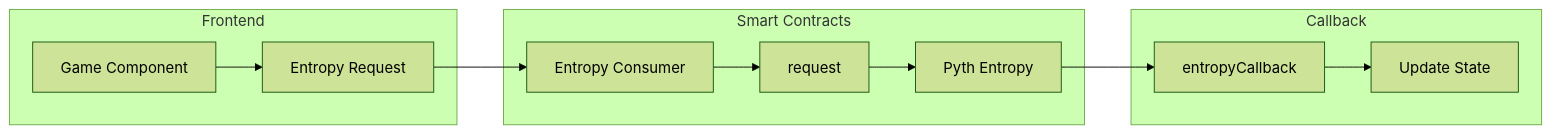
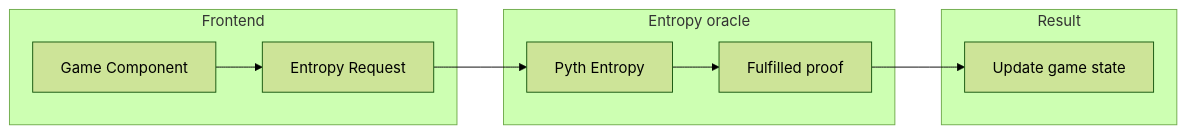
The eighth of 11 diagrams in README.md (AmaanSayyad/APT-Casino-0g), drawn with Mermaid (forest theme) before and after one commit. The commit also changed other lines of this file and 10 other files, not shown here.

First line of the commit message:
feat: hero demo video, README diagrams, and 0G compute ledger fixes

````diff
--- a/README.md
+++ b/README.md
@@ -196,15 +316,13 @@
 ```mermaid
 graph LR
     subgraph Frontend["Frontend"]
         A[Game Component] --> B[Entropy Request]
     end
-    subgraph Contracts["Smart Contracts"]
-        C[Entropy Consumer] --> D[request]
-        D --> E[Pyth Entropy]
+    subgraph Oracle["Entropy oracle"]
+        E[Pyth Entropy] --> H[Fulfilled proof]
     end
-    subgraph Callback["Callback"]
-        H[entropyCallback] --> J[Update State]
+    subgraph Callback["Result"]
+        H --> J[Update game state]
     end
-    B --> C
-    E --> H
+    B --> E
 ```
````
